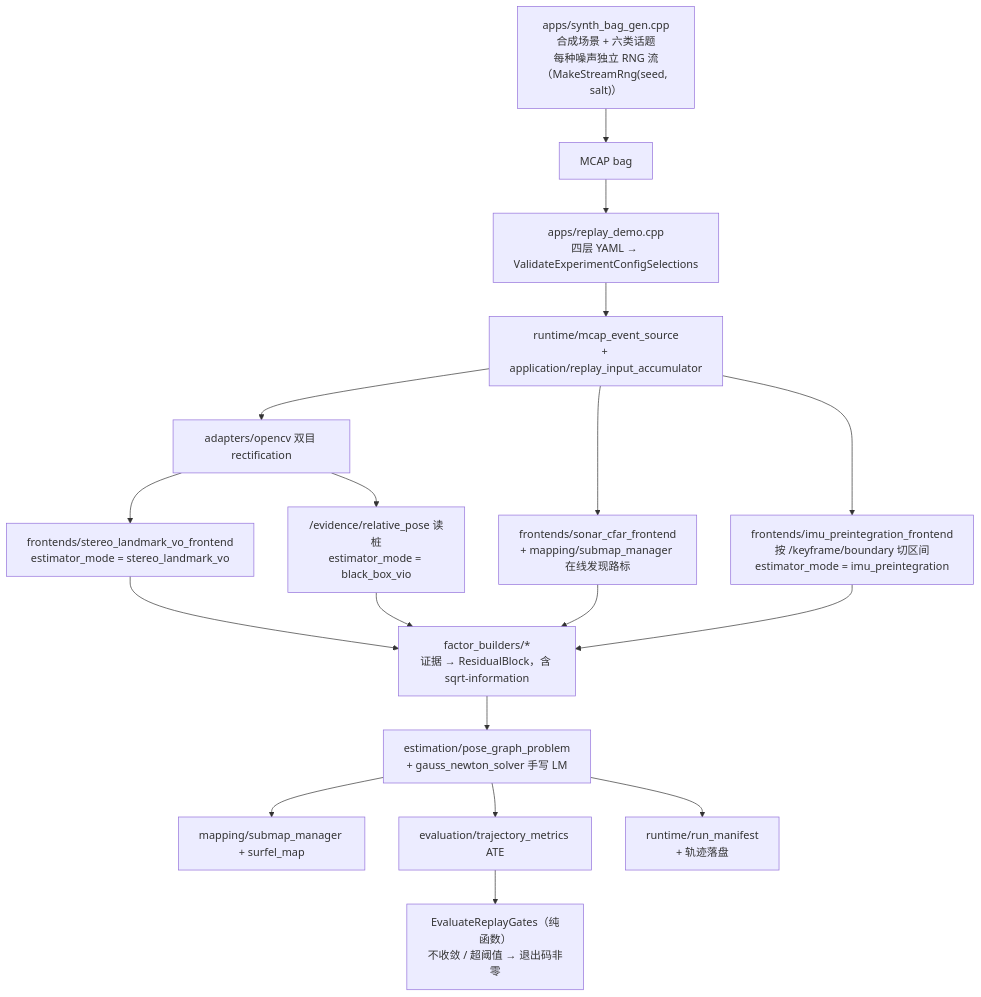
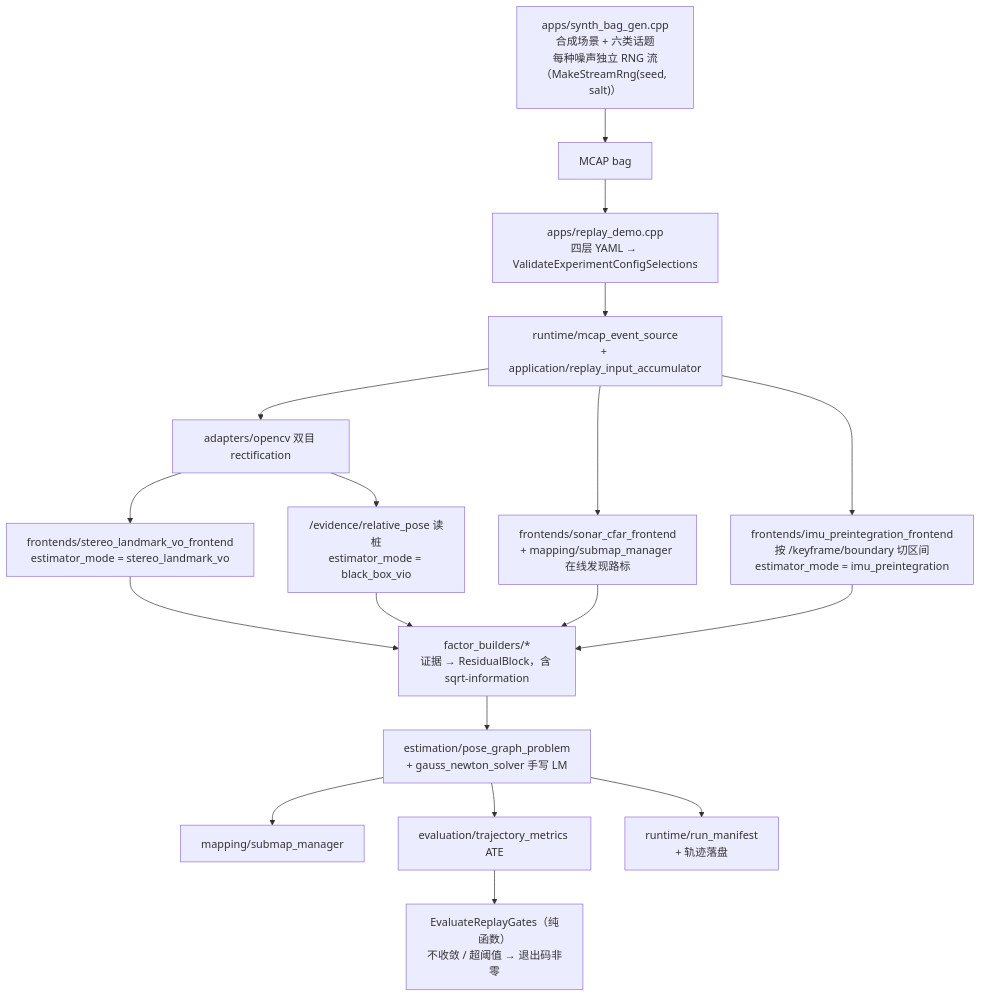
Before and after one commit to PengBY91/uw_slam_simplify: the first of 3 diagrams in docs/uw-slam-offline-slam-pipeline-deep-dive-2026-08-28.md, drawn with Mermaid. The commit also changed other lines of this file and 28 other files, not shown here.

````diff
--- a/docs/uw-slam-offline-slam-pipeline-deep-dive-2026-08-28.md
+++ b/docs/uw-slam-offline-slam-pipeline-deep-dive-2026-08-28.md
@@ -102,20 +101,20 @@
 ```mermaid
 flowchart TB
     A["apps/synth_bag_gen.cpp<br/>合成场景 + 六类话题<br/>每种噪声独立 RNG 流（MakeStreamRng(seed, salt)）"] --> B["MCAP bag"]
     B --> C["apps/replay_demo.cpp<br/>四层 YAML → ValidateExperimentConfigSelections"]
     C --> D["runtime/mcap_event_source<br/>+ application/replay_input_accumulator"]
     D --> E["adapters/opencv 双目 rectification"]
     E --> F1["frontends/stereo_landmark_vo_frontend<br/>estimator_mode = stereo_landmark_vo"]
     E --> F2["/evidence/relative_pose 读桩<br/>estimator_mode = black_box_vio"]
     D --> F3["frontends/sonar_cfar_frontend<br/>+ mapping/submap_manager 在线发现路标"]
     D --> F4["frontends/imu_preintegration_frontend<br/>按 /keyframe/boundary 切区间<br/>estimator_mode = imu_preintegration"]
     F1 --> G["factor_builders/*<br/>证据 → ResidualBlock，含 sqrt-information"]
     F2 --> G
     F3 --> G
     F4 --> G
     G --> H["estimation/pose_graph_problem<br/>+ gauss_newton_solver 手写 LM"]
-    H --> I["mapping/submap_manager + surfel_map"]
+    H --> I["mapping/submap_manager"]
     H --> J["evaluation/trajectory_metrics ATE"]
     H --> K["runtime/run_manifest<br/>+ 轨迹落盘"]
     J --> L["EvaluateReplayGates（纯函数）<br/>不收敛 / 超阈值 → 退出码非零"]
 ```
````
